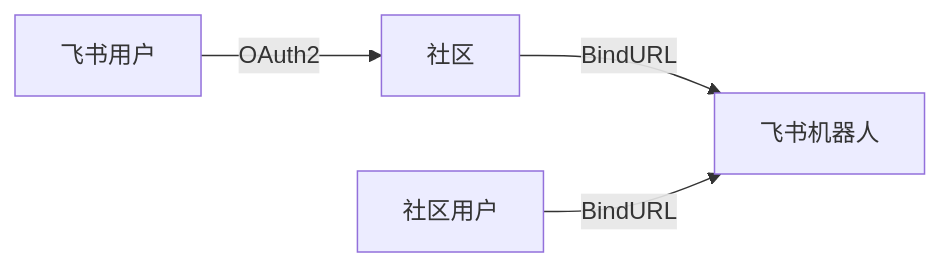
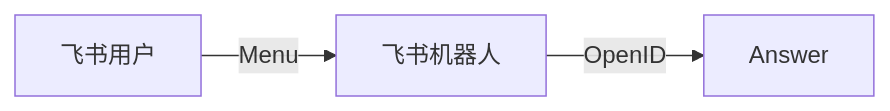
The first of 2 diagrams in source/_posts/development-notes-for-apache-answer-plugin.md (sosyz/blog), drawn with Mermaid before and after one commit. The commit also changed other lines of this file, not shown here.

````diff
--- a/source/_posts/development-notes-for-apache-answer-plugin.md
+++ b/source/_posts/development-notes-for-apache-answer-plugin.md
@@ -31,5 +34,4 @@
 ```mermaid
 graph LR
-    A[飞书用户] --OAuth2--> B[社区] --BindURL--> C[飞书机器人]
-    D[社区用户] --BindURL--> C
+    A[飞书用户] --Menu--> B[飞书机器人] --OpenID--> C[Answer]
 ```
````
